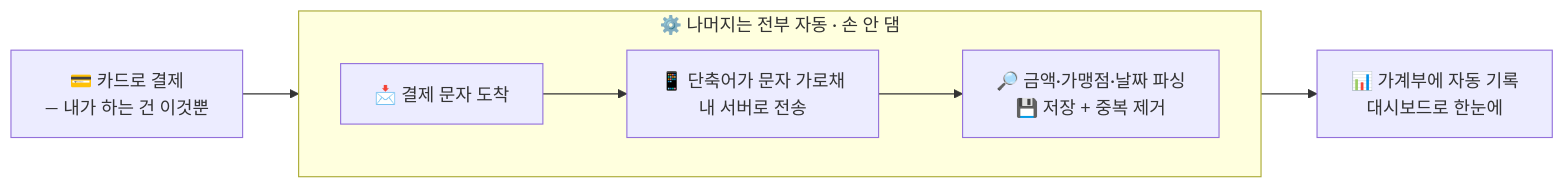
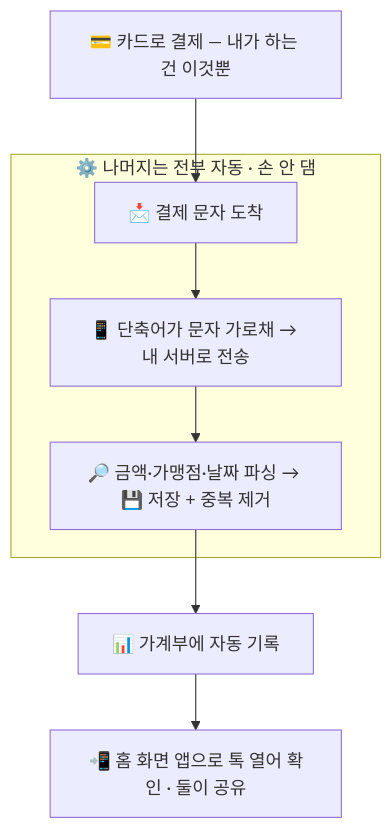
One commit to 000namc/auto-ledger changed the diagram in README.md. Above: the diagram before and after it, drawn with Mermaid. The commit also changed other lines of this file, not shown here.

Commit message:
docs: 흐름도 세로(TD)로 변경(잘림 방지) + 홈화면 앱 실행 단계 추가

````diff
--- a/README.md
+++ b/README.md
@@ -9,10 +9,10 @@
 ```mermaid
-flowchart LR
-    P["💳 카드로 결제<br/>— 내가 하는 건 이것뿐"] --> M["📩 결제 문자 도착"]
+flowchart TD
+    P["💳 카드로 결제 — 내가 하는 건 이것뿐"] --> M["📩 결제 문자 도착"]
     subgraph AUTO["⚙️ 나머지는 전부 자동 · 손 안 댐"]
-      direction LR
-      M --> SC["📱 단축어가 문자 가로채<br/>내 서버로 전송"]
-      SC --> SV["🔎 금액·가맹점·날짜 파싱<br/>💾 저장 + 중복 제거"]
+      M --> SC["📱 단축어가 문자 가로채 → 내 서버로 전송"]
+      SC --> SV["🔎 금액·가맹점·날짜 파싱 → 💾 저장 + 중복 제거"]
     end
-    SV --> DB["📊 가계부에 자동 기록<br/>대시보드로 한눈에"]
+    SV --> DB["📊 가계부에 자동 기록"]
+    DB --> APP["📲 홈 화면 앱으로 톡 열어 확인 · 둘이 공유"]
 ```
````
